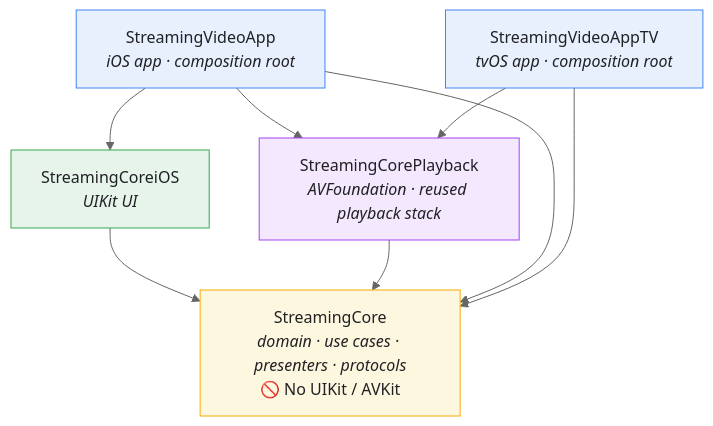
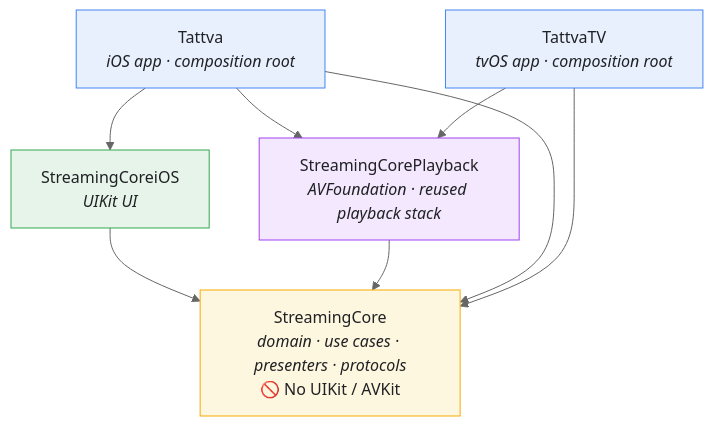
Before and after one commit to tattva20/StreamingVideoApp: the diagram in README.md, drawn with Mermaid (neutral theme). The commit also changed other lines of this file and 28 other files, not shown here.

````diff
--- a/README.md
+++ b/README.md
@@ -151,25 +151,25 @@
 ```mermaid
 flowchart TB
-    iOSApp["StreamingVideoApp<br/><i>iOS app · composition root</i>"]
-    tvApp["StreamingVideoAppTV<br/><i>tvOS app · composition root</i>"]
+    iOSApp["Tattva<br/><i>iOS app · composition root</i>"]
+    tvApp["TattvaTV<br/><i>tvOS app · composition root</i>"]
     iOS["StreamingCoreiOS<br/><i>UIKit UI</i>"]
     Playback["StreamingCorePlayback<br/><i>AVFoundation · reused playback stack</i>"]
     Core["StreamingCore<br/><i>domain · use cases · presenters · protocols</i><br/>🚫 No UIKit / AVKit"]
 
     iOSApp --> iOS
     iOSApp --> Playback
     tvApp --> Playback
     iOS --> Core
     Playback --> Core
     iOSApp --> Core
     tvApp --> Core
 
     classDef app fill:#e8f0fe,stroke:#4285f4,color:#202124;
     classDef ios fill:#e6f4ea,stroke:#34a853,color:#202124;
     classDef pb fill:#f3e8fd,stroke:#a142f4,color:#202124;
     classDef core fill:#fef7e0,stroke:#f9ab00,color:#202124;
     class iOSApp,tvApp app
     class iOS ios
     class Playback pb
     class Core core
 ```
````
